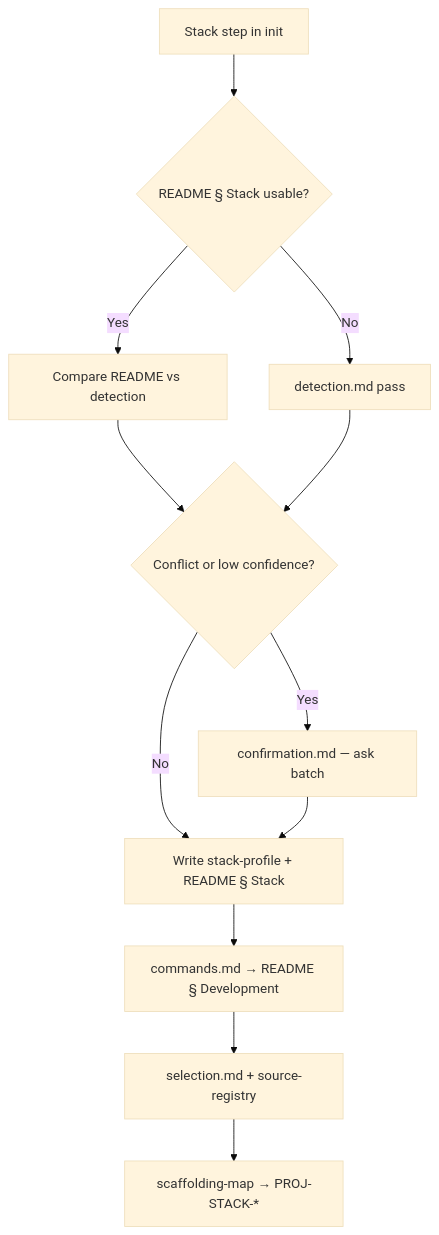
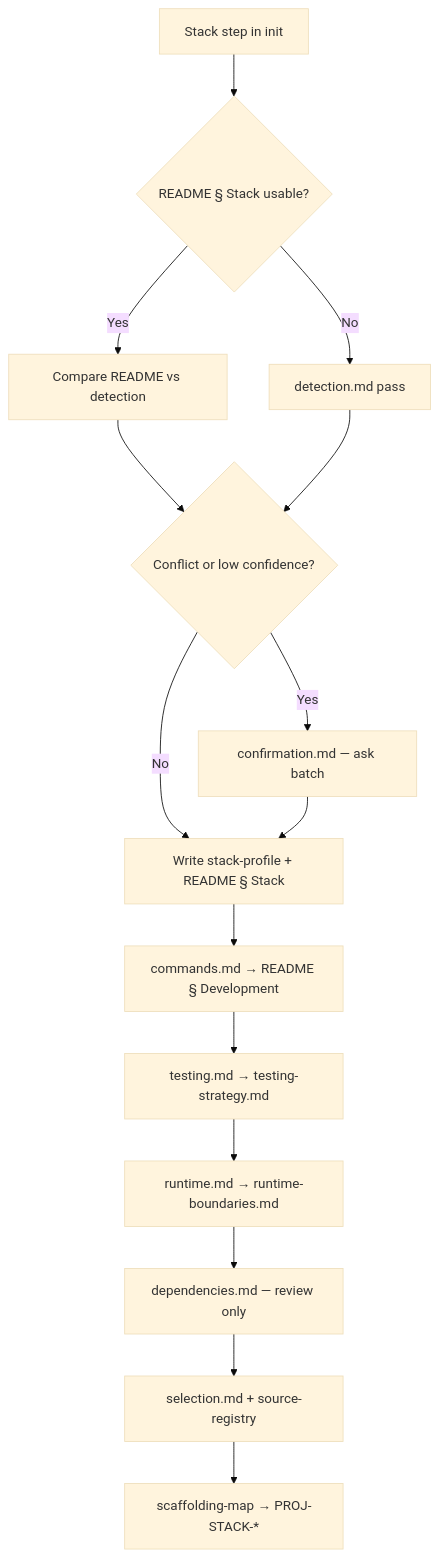
One commit to pixelsailor/jarvis changed the diagram in docs/stack-scaffolding/README.md. Above: the diagram before and after it, drawn with Mermaid (base theme). The commit also changed other lines of this file and 17 other files, not shown here.

````diff
--- a/docs/stack-scaffolding/README.md
+++ b/docs/stack-scaffolding/README.md
@@ -32,14 +38,17 @@
 ```mermaid
 flowchart TD
   start[Stack step in init] --> readme{README § Stack usable?}
   readme -->|Yes| compare[Compare README vs detection]
   readme -->|No| detect[detection.md pass]
   compare --> conflict{Conflict or low confidence?}
   detect --> conflict
   conflict -->|Yes| confirm[confirmation.md — ask batch]
   conflict -->|No| record[Write stack-profile + README § Stack]
   confirm --> record
   record --> cmds[commands.md → README § Development]
-  cmds --> select[selection.md + source-registry]
+  cmds --> test[testing.md → testing-strategy.md]
+  test --> rt[runtime.md → runtime-boundaries.md]
+  rt --> deps[dependencies.md — review only]
+  deps --> select[selection.md + source-registry]
   select --> map[scaffolding-map → PROJ-STACK-*]
 ```
````
